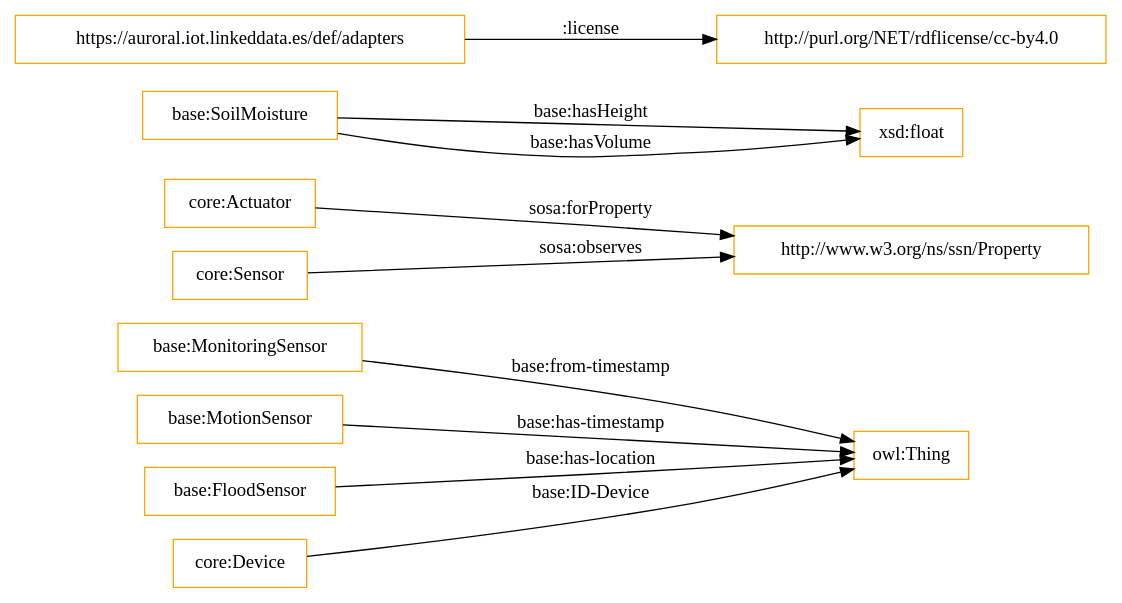
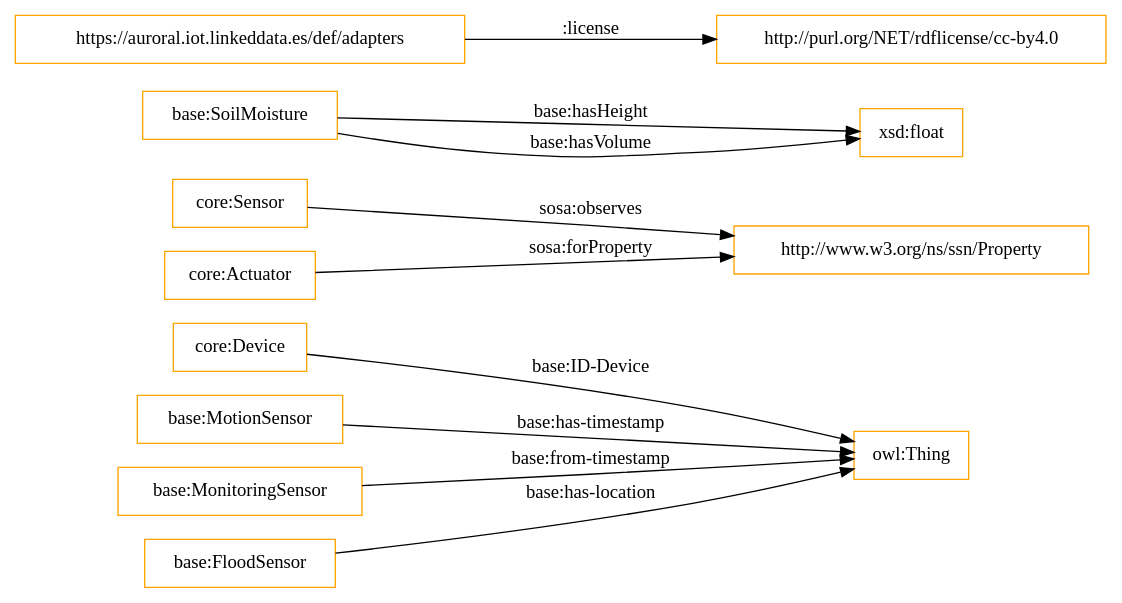
Before and after one commit to oeg-upm/auroral-adapters-ontology: the diagram in OnToology/Ontology/adapters-ontology.owl/diagrams/ar2dtool-class/adapters-ontology.owl.png.dot, drawn with Graphviz. The commit also changed 11 other files, not shown here.

```diff
--- a/OnToology/Ontology/adapters-ontology.owl/diagrams/ar2dtool-class/adapters-ontology.owl.png.dot
+++ b/OnToology/Ontology/adapters-ontology.owl/diagrams/ar2dtool-class/adapters-ontology.owl.png.dot
@@ -1,15 +1,15 @@
 digraph ar2dtool_diagram { 
 rankdir=LR;
 size="1501"
-node [shape = rectangle, color="orange"]; "base:MonitoringSensor" "core:Actuator" "base:MotionSensor" "http://www.w3.org/ns/ssn/Property" "base:FloodSensor" "core:Device" "base:SoilMoisture" "core:Sensor" ; /*classes style*/
+node [shape = rectangle, color="orange"]; "core:Device" "core:Sensor" "core:Actuator" "base:MotionSensor" "base:SoilMoisture" "base:MonitoringSensor" "base:FloodSensor" "http://www.w3.org/ns/ssn/Property" ; /*classes style*/
 	"https://auroral.iot.linkeddata.es/def/adapters" -> "http://purl.org/NET/rdflicense/cc-by4.0" [ label = ":license" ];
 	"base:SoilMoisture" -> "xsd:float" [ label = "base:hasHeight" ];
 	"core:Actuator" -> "http://www.w3.org/ns/ssn/Property" [ label = "sosa:forProperty" ];
 	"base:SoilMoisture" -> "xsd:float" [ label = "base:hasVolume" ];
 	"base:FloodSensor" -> "owl:Thing" [ label = "base:has-location" ];
 	"core:Sensor" -> "http://www.w3.org/ns/ssn/Property" [ label = "sosa:observes" ];
 	"base:MonitoringSensor" -> "owl:Thing" [ label = "base:from-timestamp" ];
 	"base:MotionSensor" -> "owl:Thing" [ label = "base:has-timestamp" ];
 	"core:Device" -> "owl:Thing" [ label = "base:ID-Device" ];
 
 }
```
